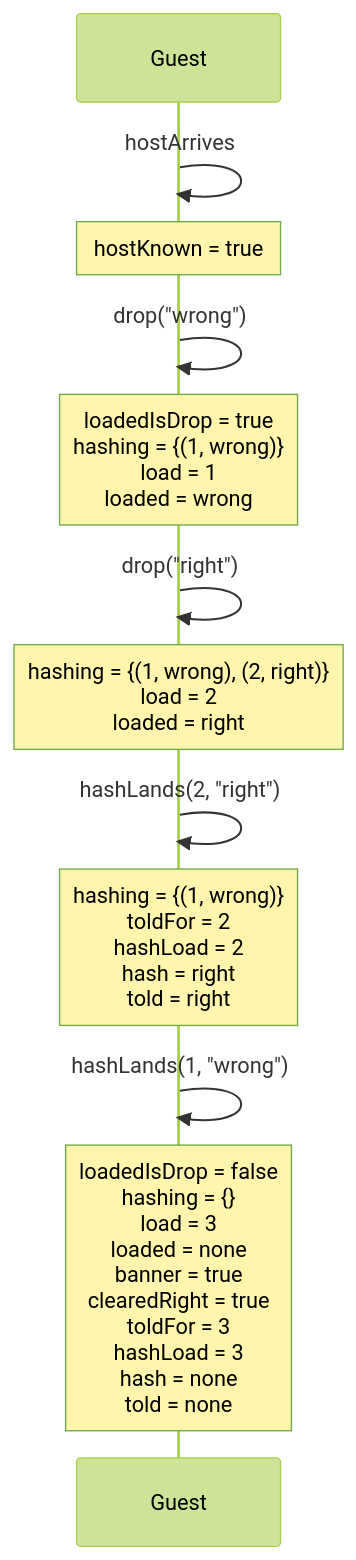
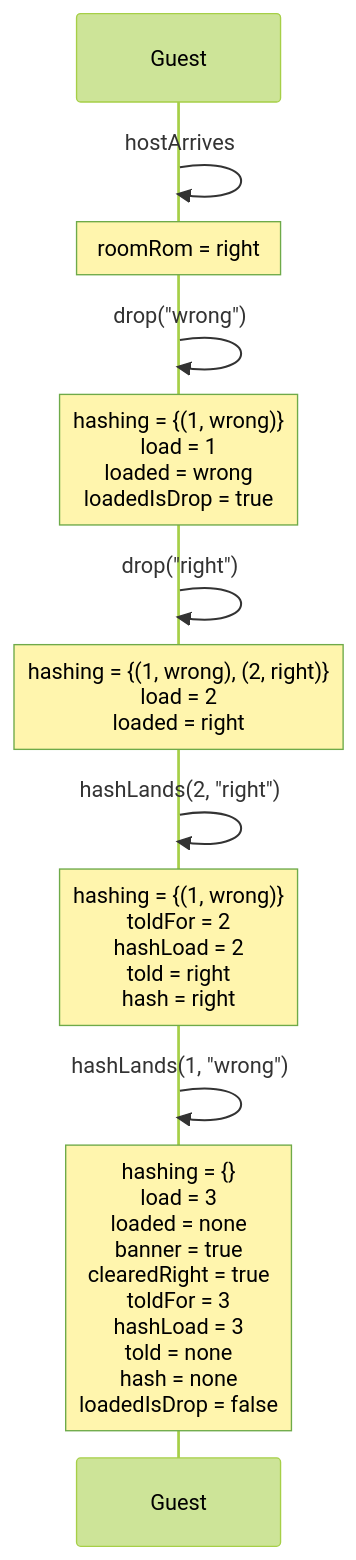
Diagram 19 of 25 in docs/spec-traces.md (kwilson21/kaillera-next), drawn with Mermaid (forest theme) before and after one commit. The commit also changed other lines of this file and 21 other files, not shown here.

````diff
--- a/docs/spec-traces.md
+++ b/docs/spec-traces.md
@@ -547,14 +547,14 @@
 ```mermaid
 sequenceDiagram
   participant Guest
   Guest->>Guest: hostArrives
-  Note over Guest: hostKnown = true
+  Note over Guest: roomRom = right
   Guest->>Guest: drop("wrong")
-  Note over Guest: loadedIsDrop = true<br/>hashing = {(1, wrong)}<br/>load = 1<br/>loaded = wrong
+  Note over Guest: hashing = {(1, wrong)}<br/>load = 1<br/>loaded = wrong<br/>loadedIsDrop = true
   Guest->>Guest: drop("right")
   Note over Guest: hashing = {(1, wrong), (2, right)}<br/>load = 2<br/>loaded = right
   Guest->>Guest: hashLands(2, "right")
-  Note over Guest: hashing = {(1, wrong)}<br/>toldFor = 2<br/>hashLoad = 2<br/>hash = right<br/>told = right
+  Note over Guest: hashing = {(1, wrong)}<br/>toldFor = 2<br/>hashLoad = 2<br/>told = right<br/>hash = right
   Guest->>Guest: hashLands(1, "wrong")
-  Note over Guest: loadedIsDrop = false<br/>hashing = {}<br/>load = 3<br/>loaded = none<br/>banner = true<br/>clearedRight = true<br/>toldFor = 3<br/>hashLoad = 3<br/>hash = none<br/>told = none
+  Note over Guest: hashing = {}<br/>load = 3<br/>loaded = none<br/>banner = true<br/>clearedRight = true<br/>toldFor = 3<br/>hashLoad = 3<br/>told = none<br/>hash = none<br/>loadedIsDrop = false
 ```
````
